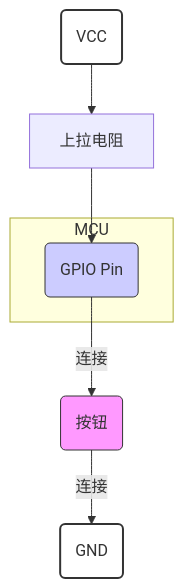
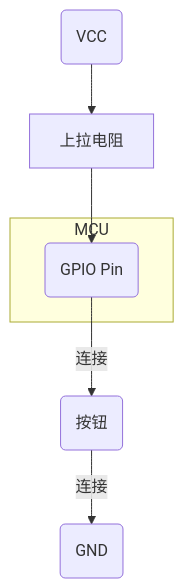
One commit to teatang/t-blog changed the first of 2 diagrams in source/_posts/2024/2024-06-12_GPIO (General-Purpose Input Output) 引脚详解.md. Above: the diagram before and after it, drawn with Mermaid. The commit also changed other lines of this file and 24 other files, not shown here.

```diff
--- a/source/_posts/2024/2024-06-12_GPIO (General-Purpose Input Output) 引脚详解.md
+++ b/source/_posts/2024/2024-06-12_GPIO (General-Purpose Input Output) 引脚详解.md
@@ -64,16 +64,11 @@
 {% mermaid %}
 graph TD
     subgraph MCU
         GPIO_Pin(GPIO Pin)
     end
   
     VCC(VCC) --> A[上拉电阻]
     A --> GPIO_Pin
     GPIO_Pin -- 连接 --> Button(按钮)
     Button -- 连接 --> GND(GND)
-
-    style VCC fill:#fff,stroke:#333,stroke-width:2px;
-    style GND fill:#fff,stroke:#333,stroke-width:2px;
-    style Button fill:#f9f,stroke:#333;
-    style GPIO_Pin fill:#ccf,stroke:#333;
 {% endmermaid %}
```
